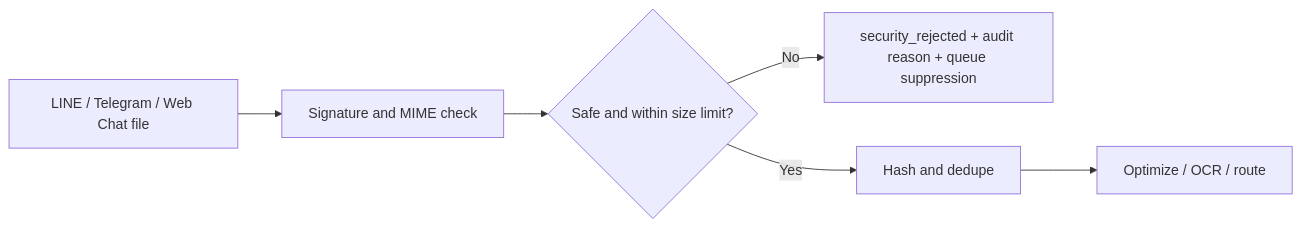
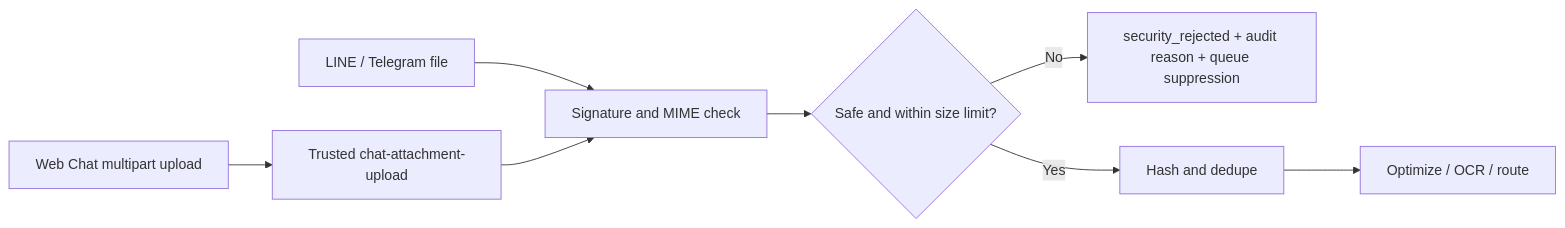
One commit to paramonjong-afk/WisdomAI changed the second of 16 diagrams in docs/FLOW_REGISTRY_UPDATE_PROTOCOL.md. Above: the diagram before and after it, drawn with Mermaid. The commit also changed other lines of this file and 7 other files, not shown here.

Commit message:
feat: enforce trusted chat attachment uploads

````diff
--- a/docs/FLOW_REGISTRY_UPDATE_PROTOCOL.md
+++ b/docs/FLOW_REGISTRY_UPDATE_PROTOCOL.md
@@ -28,8 +28,10 @@
 ```mermaid
 flowchart LR
-  A[LINE / Telegram / Web Chat file] --> B[Signature and MIME check]
+  A[LINE / Telegram file] --> B[Signature and MIME check]
+  W[Web Chat multipart upload] --> T[Trusted chat-attachment-upload]
+  T --> B
   B --> C{Safe and within size limit?}
   C -->|No| D[security_rejected + audit reason + queue suppression]
   C -->|Yes| E[Hash and dedupe]
   E --> F[Optimize / OCR / route]
 ```
````
